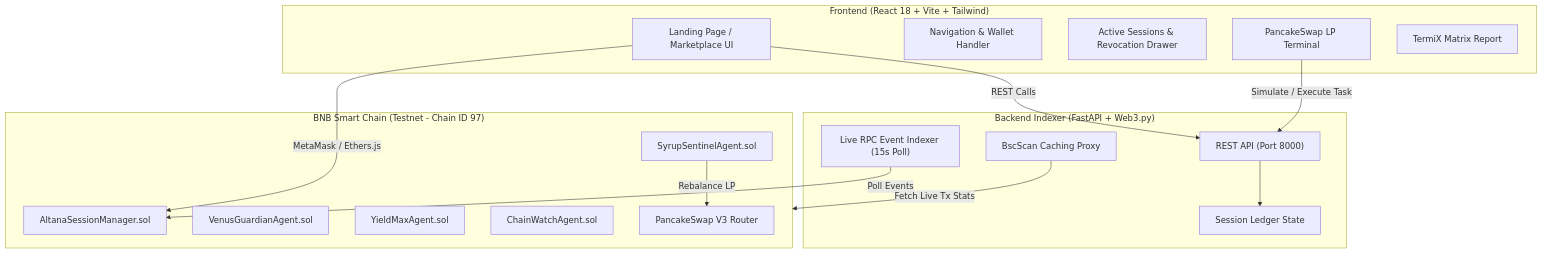
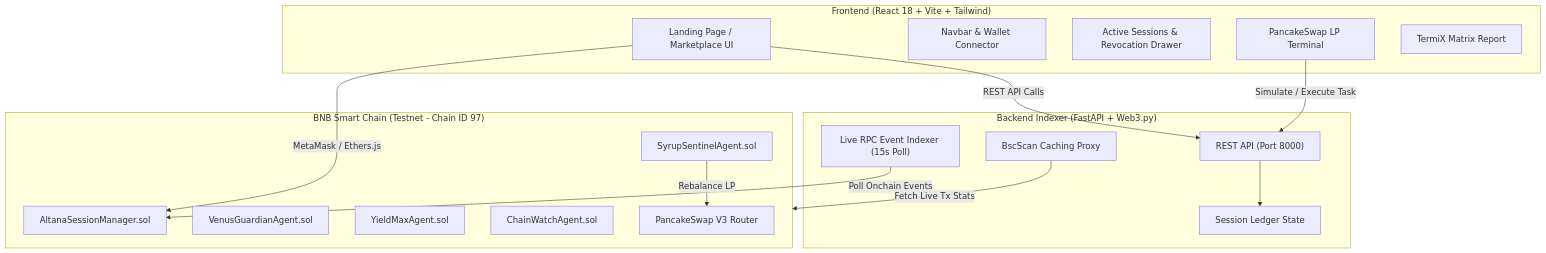
One commit to M0izz/Onchain-Baazar changed the diagram in README.md. Above: the diagram before and after it, drawn with Mermaid. The commit also changed other lines of this file and 1 other file, not shown here.

Commit message:
feat: add project license and overhaul README documentation with updated architecture and features

````diff
--- a/README.md
+++ b/README.md
@@ -55,34 +38,34 @@
 ```mermaid
 flowchart TB
     subgraph Client ["Frontend (React 18 + Vite + Tailwind)"]
         UI["Landing Page / Marketplace UI"]
-        Navbar["Navigation & Wallet Handler"]
+        Navbar["Navbar & Wallet Connector"]
         SessionsDrawer["Active Sessions & Revocation Drawer"]
         PancakePanel["PancakeSwap LP Terminal"]
         TermixView["TermiX Matrix Report"]
     end
 
     subgraph Backend ["Backend Indexer (FastAPI + Web3.py)"]
         API["REST API (Port 8000)"]
         Indexer["Live RPC Event Indexer (15s Poll)"]
         BscProxy["BscScan Caching Proxy"]
         Ledger["Session Ledger State"]
     end
 
     subgraph Blockchain ["BNB Smart Chain (Testnet - Chain ID 97)"]
         SessionMgr["AltanaSessionManager.sol"]
         SyrupAgent["SyrupSentinelAgent.sol"]
         VenusAgent["VenusGuardianAgent.sol"]
         YieldAgent["YieldMaxAgent.sol"]
         WatchAgent["ChainWatchAgent.sol"]
         PancakeV3["PancakeSwap V3 Router"]
     end
 
     UI -->|MetaMask / Ethers.js| SessionMgr
-    UI -->|REST Calls| API
+    UI -->|REST API Calls| API
     PancakePanel -->|Simulate / Execute Task| API
     API --> Ledger
-    Indexer -->|Poll Events| SessionMgr
+    Indexer -->|Poll Onchain Events| SessionMgr
     SyrupAgent -->|Rebalance LP| PancakeV3
     BscProxy -->|Fetch Live Tx Stats| Blockchain
 ```
````
